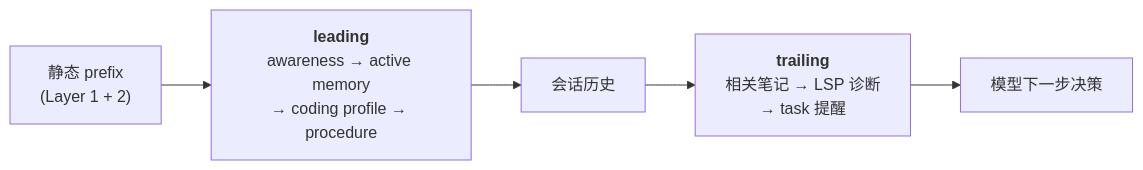
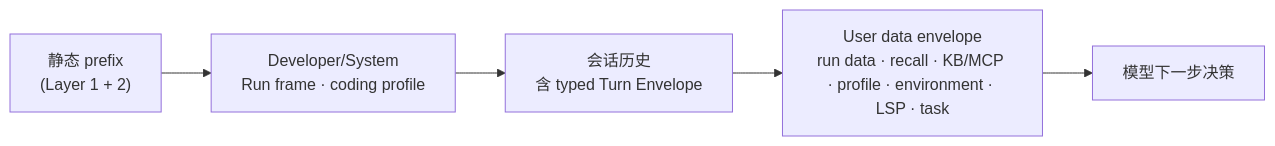
One commit to shiwenwen/hope-agent changed the third of 4 diagrams in docs/architecture/core/prompt-system.md. Above: the diagram before and after it, drawn with Mermaid. The commit also changed other lines of this file and 196 other files, not shown here.

````diff
--- a/docs/architecture/core/prompt-system.md
+++ b/docs/architecture/core/prompt-system.md
@@ -155,7 +207,7 @@
 ```mermaid
 flowchart LR
-    PREFIX["静态 prefix<br/>(Layer 1 + 2)"] --> LEAD["<b>leading</b><br/>awareness → active memory<br/>→ coding profile → procedure"]
-    LEAD --> HIST["会话历史"]
-    HIST --> TRAIL["<b>trailing</b><br/>相关笔记 → LSP 诊断<br/>→ task 提醒"]
-    TRAIL --> NEXT["模型下一步决策"]
+    PREFIX["静态 prefix<br/>(Layer 1 + 2)"] --> INST["Developer/System<br/>Run frame · coding profile"]
+    INST --> HIST["会话历史<br/>含 typed Turn Envelope"]
+    HIST --> DATA["User data envelope<br/>run data · recall · KB/MCP · profile · environment · LSP · task"]
+    DATA --> NEXT["模型下一步决策"]
 ```
````
